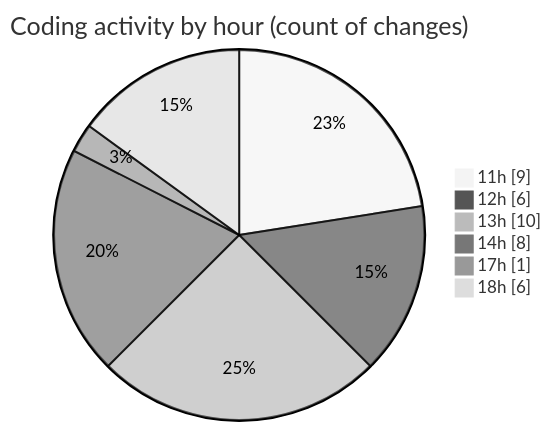
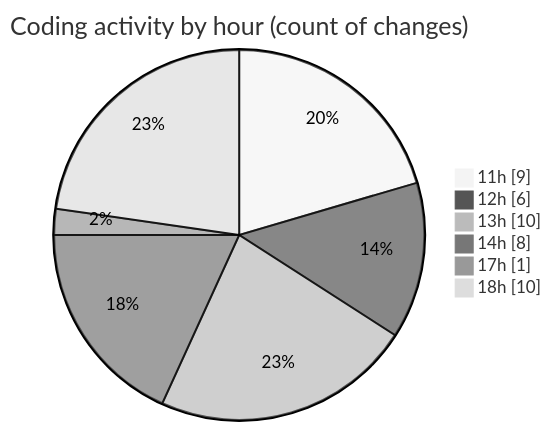
The second of 2 diagrams in 2025-05-08/recipe-app/README.md (BS-eng2023/code-tracking), drawn with Mermaid (neutral theme) before and after one commit. The commit also changed other lines of this file and 1 other file, not shown here.

````diff
--- a/2025-05-08/recipe-app/README.md
+++ b/2025-05-08/recipe-app/README.md
@@ -34,10 +35,10 @@
 ```mermaid
 pie showData
 title Coding activity by hour (count of changes)
 "11h" : 9
 "12h" : 6
 "13h" : 10
 "14h" : 8
 "17h" : 1
-"18h" : 6
+"18h" : 10
 ```
````
